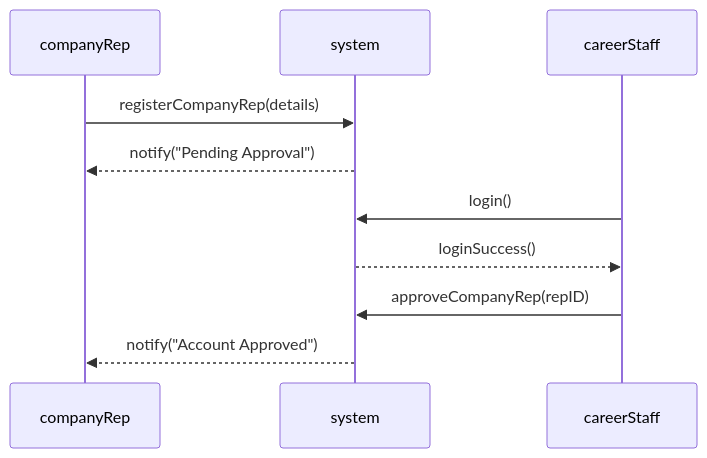
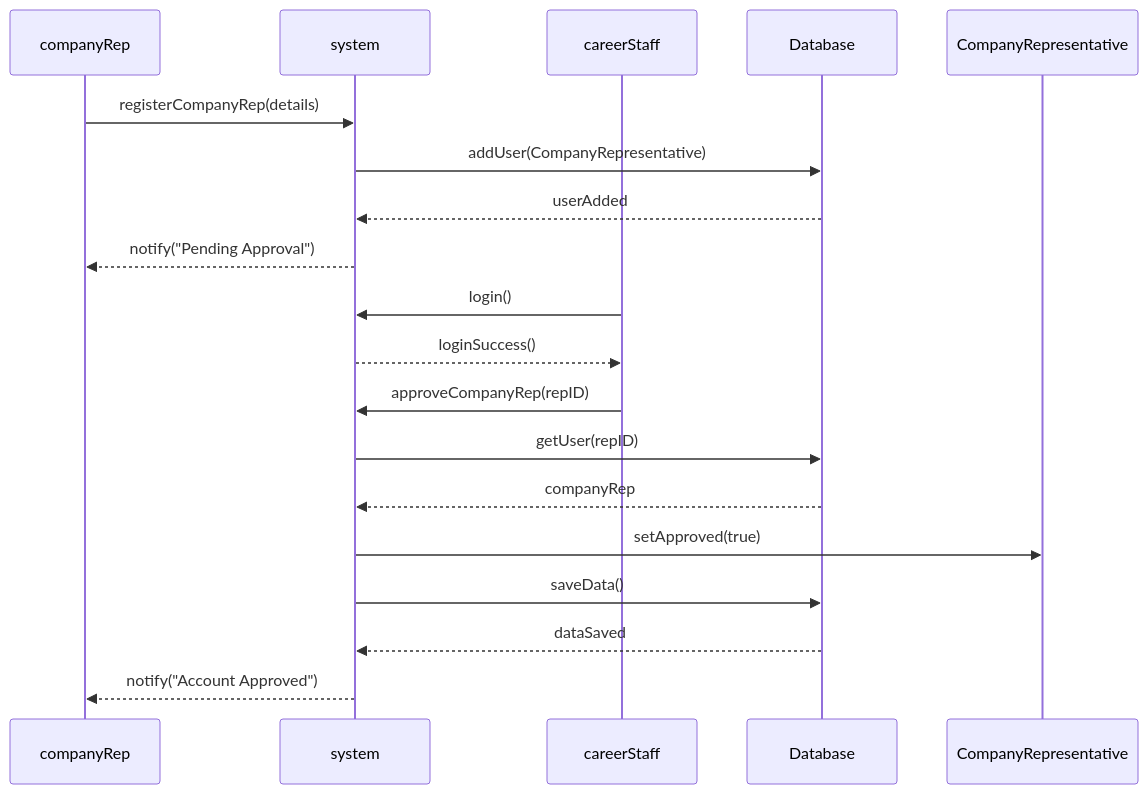
One commit to AY25-26-Sem-1-SC2002-SDDA-Group-1/sc2002-oop-assignment changed the eighth of 8 diagrams in README.md. Above: the diagram before and after it, drawn with Mermaid. The commit also changed other lines of this file, not shown here.

Commit message:
Updated UML diagrams with helper I/O Class

````diff
--- a/README.md
+++ b/README.md
@@ -335,16 +463,24 @@
 ```mermaid
 sequenceDiagram
     participant companyRep
     participant system
     participant careerStaff
+    participant Database
 
     companyRep->>system: registerCompanyRep(details)
+    system->>Database: addUser(CompanyRepresentative)
+    Database-->>system: userAdded
     system-->>companyRep: notify("Pending Approval")
 
     careerStaff->>system: login()
     system-->>careerStaff: loginSuccess()
 
     careerStaff->>system: approveCompanyRep(repID)
+    system->>Database: getUser(repID)
+    Database-->>system: companyRep
+    system->>CompanyRepresentative: setApproved(true)
+    system->>Database: saveData()
+    Database-->>system: dataSaved
     system-->>companyRep: notify("Account Approved")
 
 ```
````
